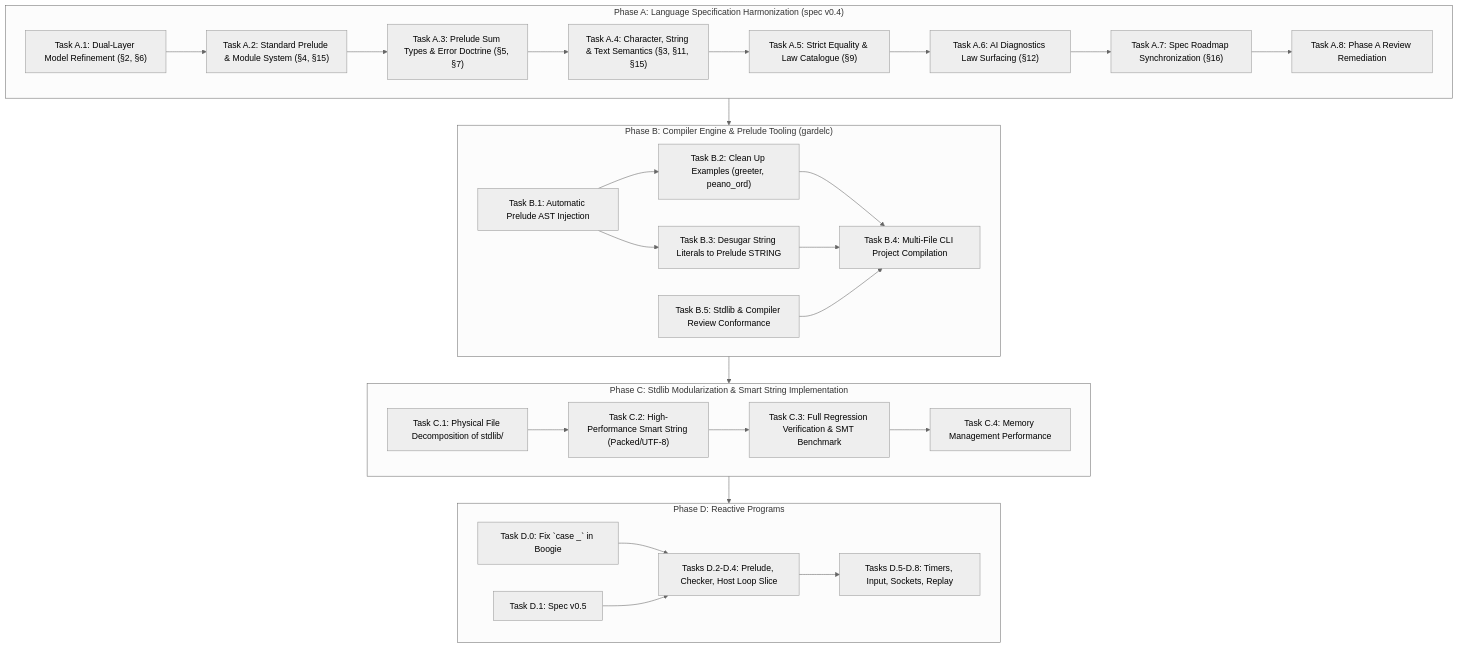
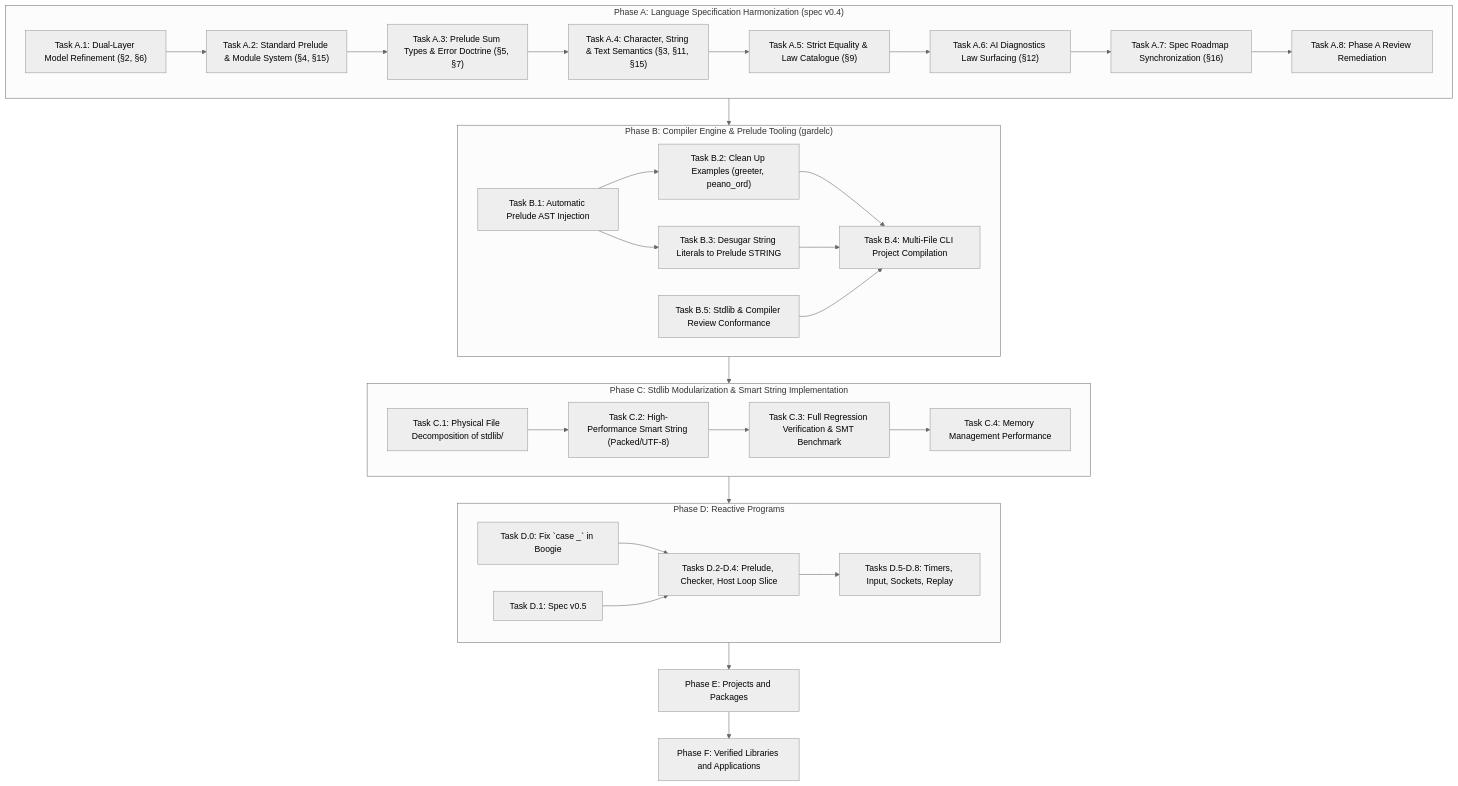
One commit to GardelPL/gardel changed the first of 3 diagrams in plan/Roadmap.md. Above: the diagram before and after it, drawn with Mermaid (neutral theme). The commit also changed other lines of this file and 2 other files, not shown here.

Commit message:
Added Libraries Roadmap

````diff
--- a/plan/Roadmap.md
+++ b/plan/Roadmap.md
@@ -54,46 +55,48 @@
 ```mermaid
 flowchart TD
     subgraph PhaseA ["Phase A: Language Specification Harmonization (spec v0.4)"]
         A1["Task A.1: Dual-Layer Model Refinement (§2, §6)"]
         A2["Task A.2: Standard Prelude & Module System (§4, §15)"]
         A3["Task A.3: Prelude Sum Types & Error Doctrine (§5, §7)"]
         A4["Task A.4: Character, String & Text Semantics (§3, §11, §15)"]
         A5["Task A.5: Strict Equality & Law Catalogue (§9)"]
         A6["Task A.6: AI Diagnostics Law Surfacing (§12)"]
         A7["Task A.7: Spec Roadmap Synchronization (§16)"]
         A8["Task A.8: Phase A Review Remediation"]
         A1 --> A2 --> A3 --> A4 --> A5 --> A6 --> A7 --> A8
     end
 
     subgraph PhaseB ["Phase B: Compiler Engine & Prelude Tooling (gardelc)"]
         B1["Task B.1: Automatic Prelude AST Injection"]
         B2["Task B.2: Clean Up Examples (greeter, peano_ord)"]
         B3["Task B.3: Desugar String Literals to Prelude STRING"]
         B4["Task B.4: Multi-File CLI Project Compilation"]
         B5["Task B.5: Stdlib & Compiler Review Conformance"]
         B1 --> B2
         B1 --> B3
         B2 --> B4
         B3 --> B4
         B5 --> B4
     end
 
     subgraph PhaseC ["Phase C: Stdlib Modularization & Smart String Implementation"]
         C1["Task C.1: Physical File Decomposition of stdlib/"]
         C2["Task C.2: High-Performance Smart String (Packed/UTF-8)"]
         C3["Task C.3: Full Regression Verification & SMT Benchmark"]
         C4["Task C.4: Memory Management Performance"]
         C1 --> C2 --> C3 --> C4
     end
 
     subgraph PhaseD ["Phase D: Reactive Programs"]
         D0["Task D.0: Fix `case _` in Boogie"]
         D1["Task D.1: Spec v0.5"]
         D2["Tasks D.2-D.4: Prelude, Checker, Host Loop Slice"]
         D3["Tasks D.5-D.8: Timers, Input, Sockets, Replay"]
         D0 --> D2
         D1 --> D2 --> D3
     end
 
     PhaseA --> PhaseB --> PhaseC --> PhaseD
+    PhaseD --> PhaseE["Phase E: Projects and Packages"]
+    PhaseE --> PhaseF["Phase F: Verified Libraries and Applications"]
 ```
````
